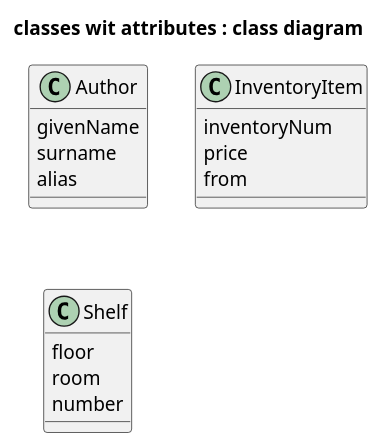
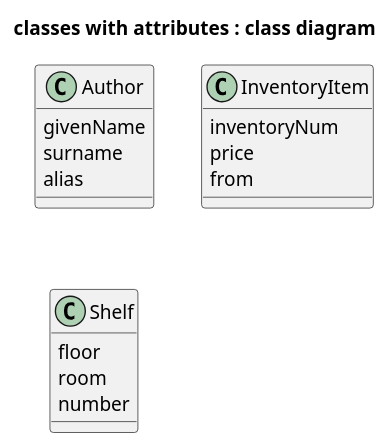
One commit to argoste/meucci changed the eighth of 10 diagrams in data_model/meucci_gamma.md. Above: the diagram before and after it, drawn with PlantUML. The commit also changed other lines of this file and 10 other files, not shown here.

Commit message:
Simpler data model (partial. Created Table Schema (partial).

````diff
--- a/data_model/meucci_gamma.md
+++ b/data_model/meucci_gamma.md
@@ -158,18 +187,18 @@
 ```plantuml
-title classes wit attributes : class diagram
+title classes with attributes : class diagram
 class Author {
     givenName
     surname
     alias
 }
 class InventoryItem {
     inventoryNum
     price
     from
 }
 class Shelf {
   floor
   room
   number
 }
 ```
````
